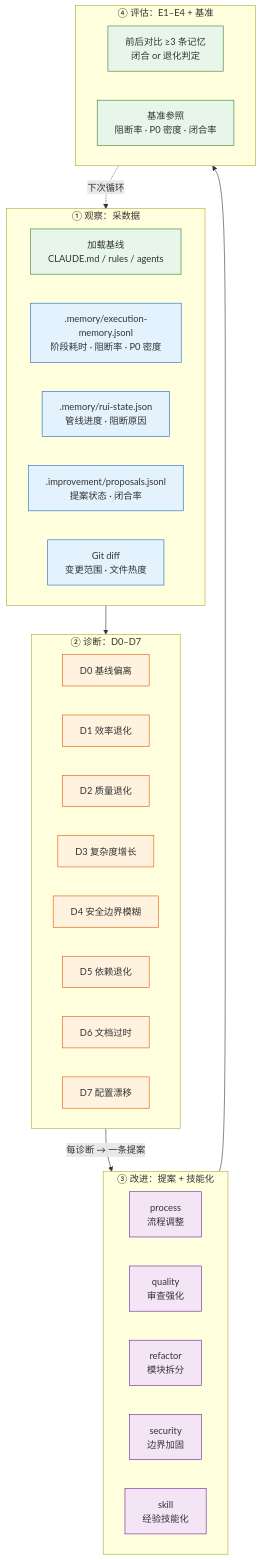
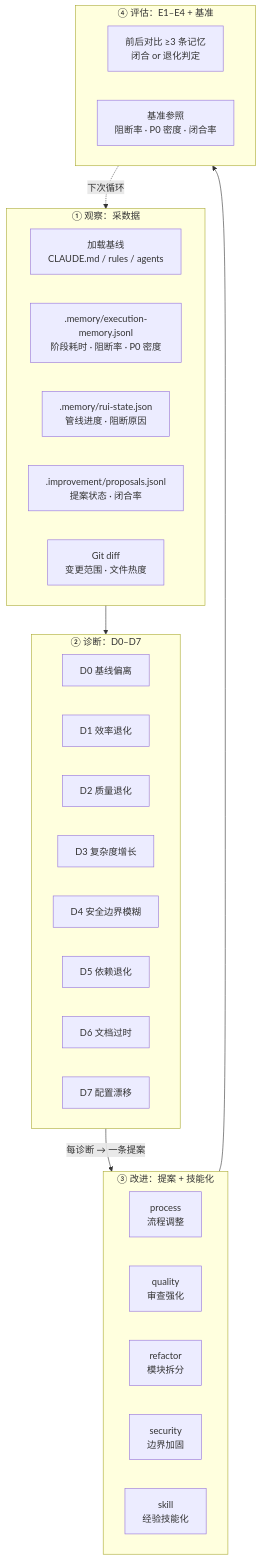
The first of 6 diagrams in agents/self-improve.md (effiy/YrY), drawn with Mermaid before and after one commit. The commit also changed other lines of this file and 9 other files, not shown here.

````diff
--- a/agents/self-improve.md
+++ b/agents/self-improve.md
@@ -17,45 +17,40 @@
 ```mermaid
 flowchart TB
     subgraph 观察["① 观察：采数据"]
         BSL["加载基线<br/>CLAUDE.md / rules / agents"]:::src
         EXEC[".memory/execution-memory.jsonl<br/>阶段耗时 · 阻断率 · P0 密度"]:::data
         STATE[".memory/rui-state.json<br/>管线进度 · 阻断原因"]:::data
         PROP[".improvement/proposals.jsonl<br/>提案状态 · 闭合率"]:::data
         GIT["Git diff<br/>变更范围 · 文件热度"]:::data
     end
 
     subgraph 诊断["② 诊断：D0–D7"]
         D0["D0 基线偏离"]:::diag
         D1["D1 效率退化"]:::diag
         D2["D2 质量退化"]:::diag
         D3["D3 复杂度增长"]:::diag
         D4["D4 安全边界模糊"]:::diag
         D5["D5 依赖退化"]:::diag
         D6["D6 文档过时"]:::diag
         D7["D7 配置漂移"]:::diag
     end
 
     subgraph 改进["③ 改进：提案 + 技能化"]
         PRC["process<br/>流程调整"]:::prop
         QLT["quality<br/>审查强化"]:::prop
         REF["refactor<br/>模块拆分"]:::prop
         SEC["security<br/>边界加固"]:::prop
         SKL["skill<br/>经验技能化"]:::prop
     end
 
     subgraph 评估["④ 评估：E1–E4 + 基准"]
         EVAL["前后对比 ≥3 条记忆<br/>闭合 or 退化判定"]:::eval
         BENCH["基准参照<br/>阻断率 · P0 密度 · 闭合率"]:::eval
     end
 
     观察 --> 诊断
     诊断 -->|"每诊断 → 一条提案"| 改进
     改进 --> 评估
     评估 -.->|"下次循环"| 观察
 
-    classDef src fill:#e8f5e9,stroke:#2e7d32;
-    classDef data fill:#e3f2fd,stroke:#1565c0;
-    classDef diag fill:#fff3e0,stroke:#e65100;
-    classDef prop fill:#f3e5f5,stroke:#6a1b9a;
-    classDef eval fill:#e8f5e9,stroke:#2e7d32;
 ```
````
